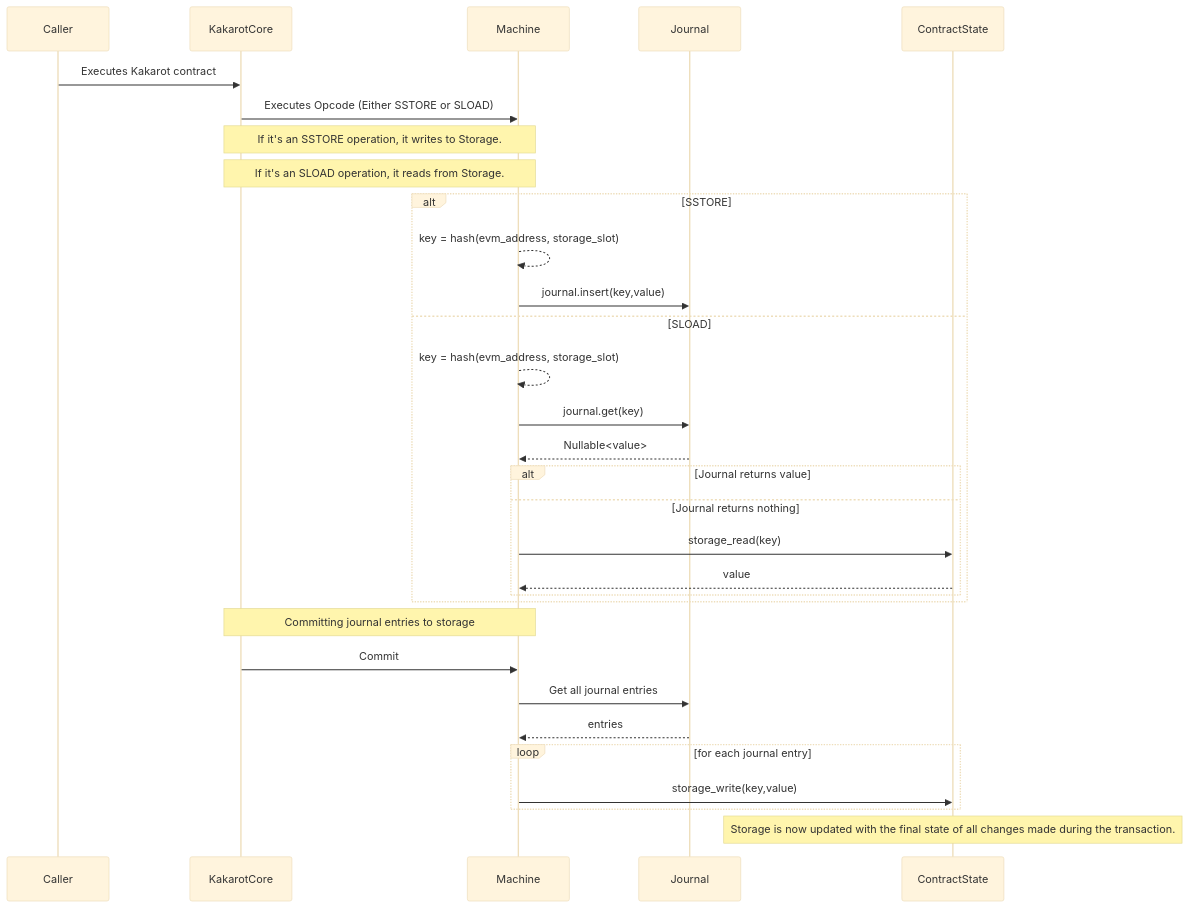
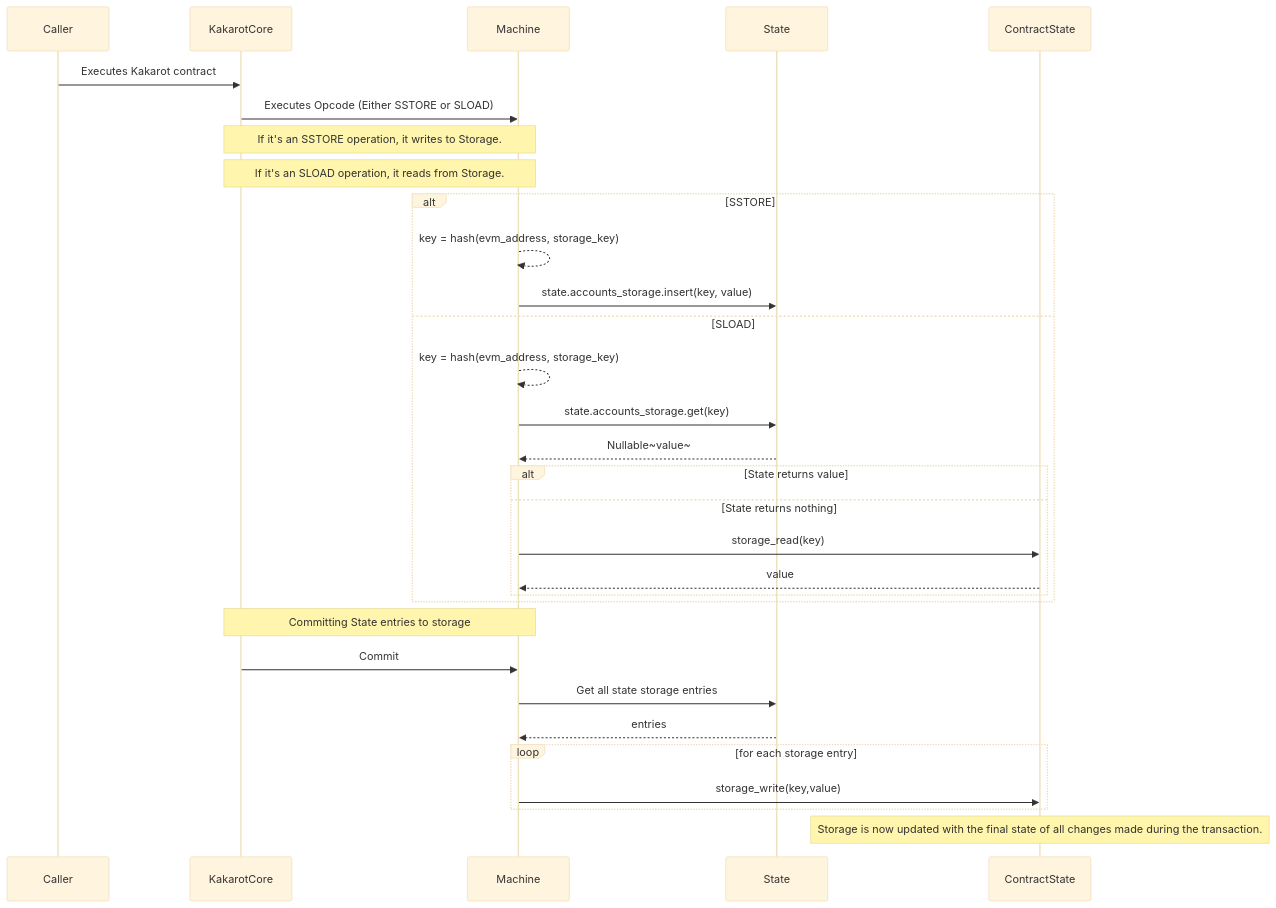
Before and after one commit to kkrt-labs/kakarot-ssj: the second of 2 diagrams in docs/general/contract_storage.md, drawn with Mermaid (base theme). The commit also changed other lines of this file and 19 other files, not shown here.

````diff
--- a/docs/general/contract_storage.md
+++ b/docs/general/contract_storage.md
@@ -139,38 +148,38 @@
 ```mermaid
 sequenceDiagram
     participant C as Caller
     participant K as KakarotCore
     participant M as Machine
-    participant J as Journal
+    participant J as State
     participant S as ContractState
 
     C->>K: Executes Kakarot contract
     K->>M: Executes Opcode (Either SSTORE or SLOAD)
 
     Note over K,M: If it's an SSTORE operation, it writes to Storage.
     Note over K,M: If it's an SLOAD operation, it reads from Storage.
 
     alt SSTORE
-        M-->>M: key = hash(evm_address, storage_slot)
-        M->>J: journal.insert(key,value)
+        M-->>M: key = hash(evm_address, storage_key)
+        M->>J: state.accounts_storage.insert(key, value)
     else SLOAD
-        M-->>M: key = hash(evm_address, storage_slot)
-        M->>J: journal.get(key)
-        J -->> M: Nullable<value>
-        alt Journal returns value
+        M-->>M: key = hash(evm_address, storage_key)
+        M->>J: state.accounts_storage.get(key)
+        J -->> M: Nullable~value~
+        alt State returns value
 
-        else Journal returns nothing
+        else State returns nothing
             M->>S: storage_read(key)
             S-->>M: value
         end
     end
-    Note over K,M: Committing journal entries to storage
+    Note over K,M: Committing State entries to storage
     K->>M: Commit
-    M->>J: Get all journal entries
+    M->>J: Get all state storage entries
     J -->>M: entries
-    loop for each journal entry
+    loop for each storage entry
         M->>S: storage_write(key,value)
     end
 
     Note over S: Storage is now updated with the final state of all changes made during the transaction.
 ```
````
